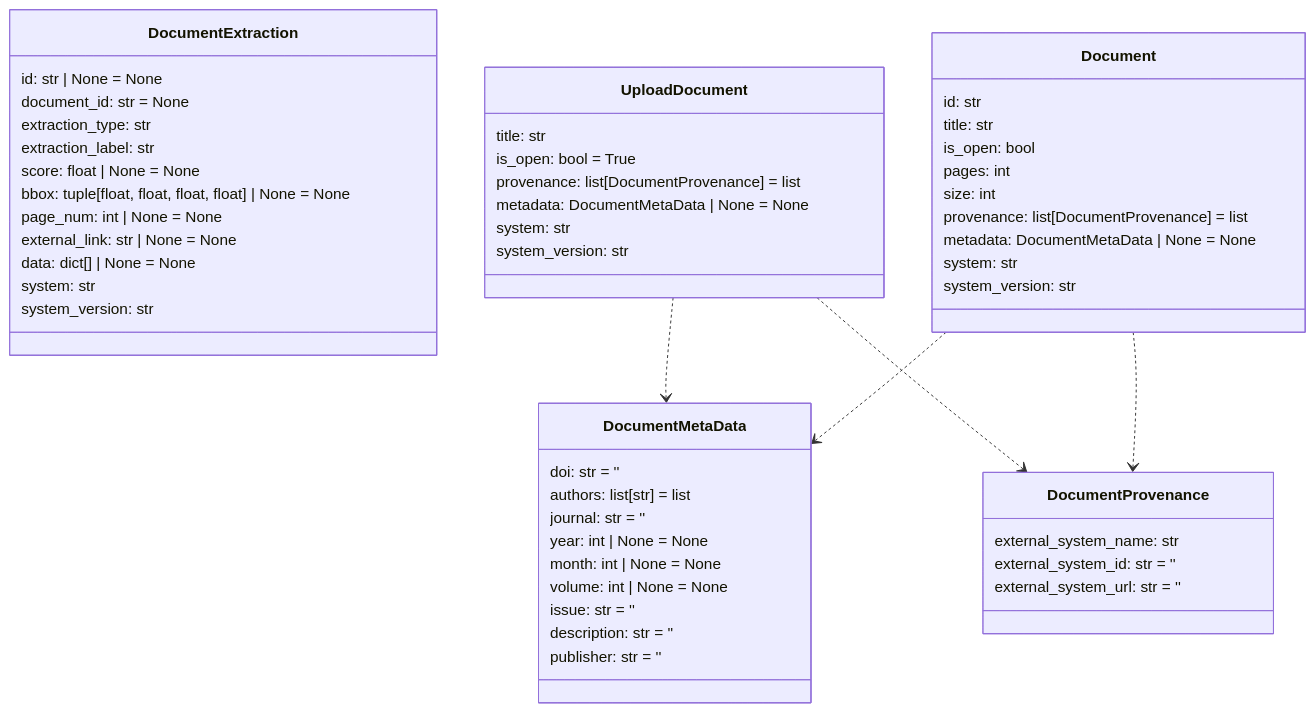
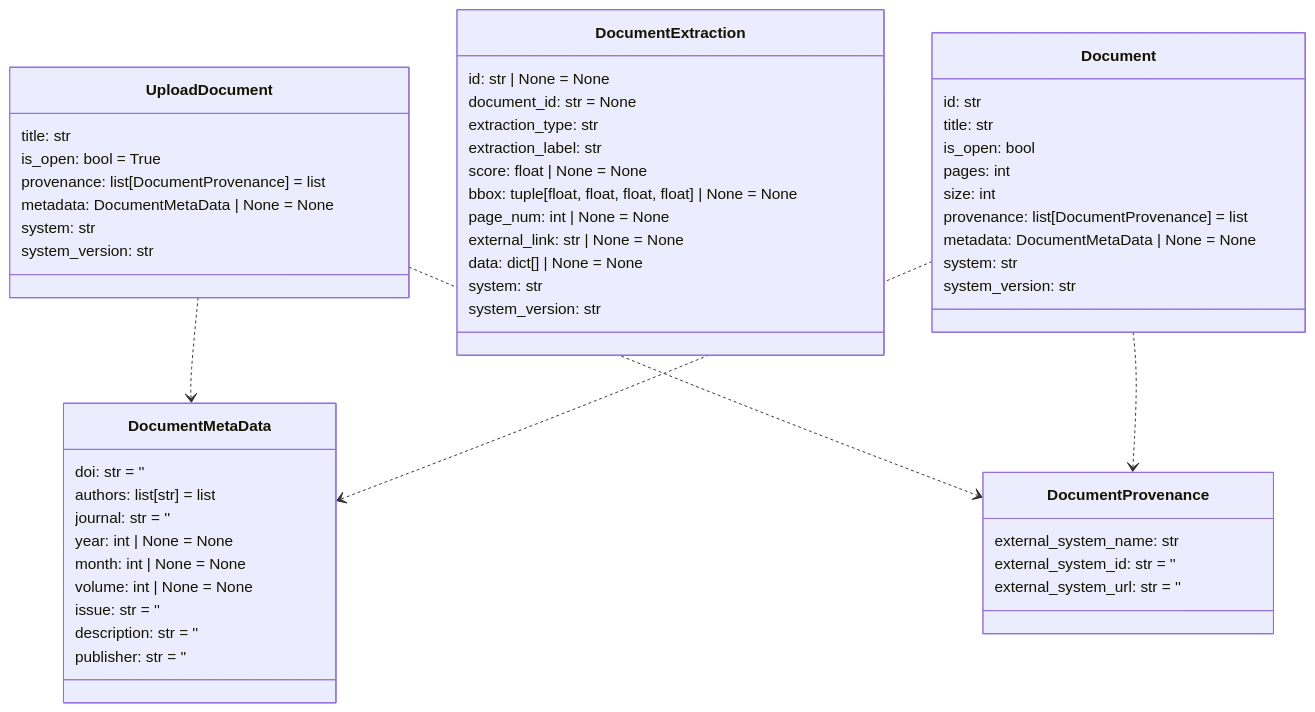
One commit to DARPA-CRITICALMAAS/cdr_schemas changed the ninth of 14 diagrams in README.md. Above: the diagram before and after it, drawn with Mermaid. The commit also changed other lines of this file and 2 other files, not shown here.

````diff
--- a/README.md
+++ b/README.md
@@ -694,63 +695,63 @@
 ```mermaid
 classDiagram
+
+    class DocumentProvenance {
+        external_system_name: str
+        external_system_id: str = ''
+        external_system_url: str = ''
+    }
+
+    class UploadDocument {
+        title: str
+        is_open: bool = True
+        provenance: list[DocumentProvenance] = list
+        metadata: DocumentMetaData | None = None
+        system: str
+        system_version: str
+    }
 
     class DocumentExtraction {
         id: str | None = None
         document_id: str = None
         extraction_type: str
         extraction_label: str
         score: float | None = None
         bbox: tuple[float, float, float, float] | None = None
         page_num: int | None = None
         external_link: str | None = None
         data: dict[] | None = None
         system: str
         system_version: str
     }
 
     class Document {
         id: str
         title: str
         is_open: bool
         pages: int
         size: int
         provenance: list[DocumentProvenance] = list
         metadata: DocumentMetaData | None = None
         system: str
         system_version: str
     }
 
-    class DocumentProvenance {
-        external_system_name: str
-        external_system_id: str = ''
-        external_system_url: str = ''
-    }
-
-    class UploadDocument {
-        title: str
-        is_open: bool = True
-        provenance: list[DocumentProvenance] = list
-        metadata: DocumentMetaData | None = None
-        system: str
-        system_version: str
-    }
-
     class DocumentMetaData {
         doi: str = ''
         authors: list[str] = list
         journal: str = ''
         year: int | None = None
         month: int | None = None
         volume: int | None = None
         issue: str = ''
         description: str = ''
         publisher: str = ''
     }
 
     UploadDocument ..> DocumentMetaData
     UploadDocument ..> DocumentProvenance
     Document ..> DocumentMetaData
     Document ..> DocumentProvenance
 
 
 ```
````
